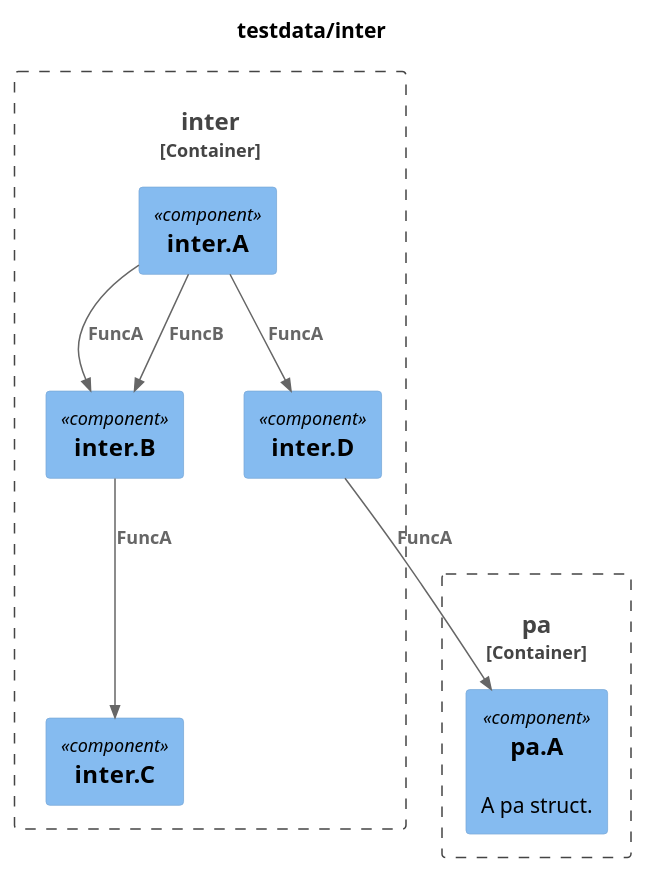
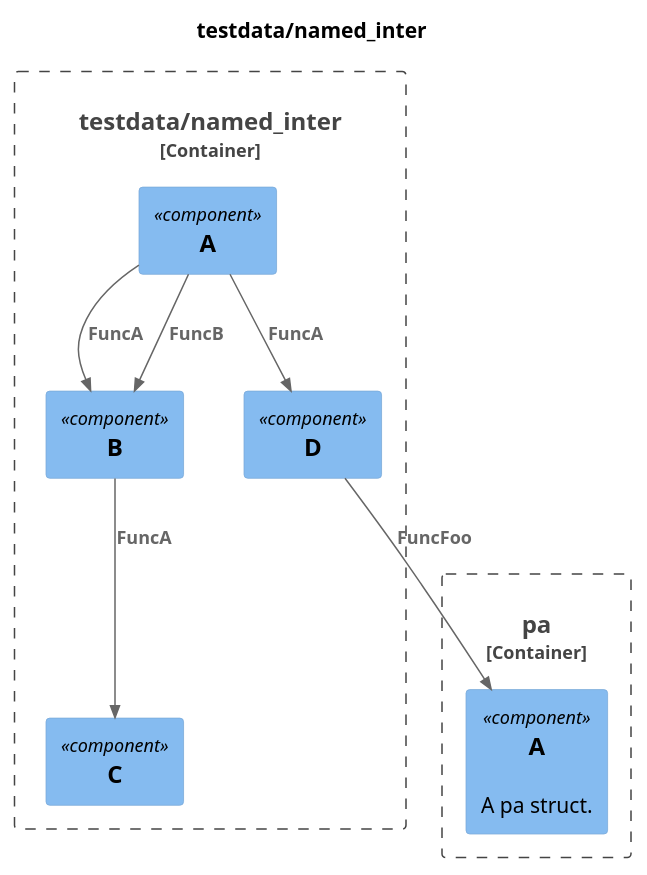
One commit to emilien-puget/go-dependency-graph changed the first of 2 diagrams in README.md. Above: the diagram before and after it, drawn with PlantUML. The commit also changed other lines of this file and 28 other files, not shown here.

````diff
--- a/README.md
+++ b/README.md
@@ -21,28 +21,27 @@
 ```puml
 @startuml
 !include https://raw.githubusercontent.com/plantuml-stdlib/C4-PlantUML/master/C4_Component.puml
 
-title testdata/inter
-AddElementTag("external", $bgColor="#8CDE42FF")
+title testdata/named_inter
 
-Container_Boundary(inter, "inter") {
-Component(inter.A, "inter.A", "", "")
-Component(inter.B, "inter.B", "", "")
-Component(inter.C, "inter.C", "", "")
-Component(inter.D, "inter.D", "", "")
+Container_Boundary(testdata/named_inter, "testdata/named_inter") {
+Component("A", "A", "", "")
+Component("B", "B", "", "")
+Component("C", "C", "", "")
+Component("D", "D", "", "")
 
 }
 
 
 Container_Boundary(pa, "pa") {
-Component(pa.A, "pa.A", "", "A pa struct.")
+Component("pa_A", "A", "", "A pa struct.")
 
 }
-Rel(inter.A, "inter.B", "FuncA")
-Rel(inter.A, "inter.B", "FuncB")
-Rel(inter.A, "inter.D", "FuncA")
-Rel(inter.B, "inter.C", "FuncA")
-Rel(inter.D, "pa.A", "FuncA")
+Rel("A", "B", "FuncA")
+Rel("A", "B", "FuncB")
+Rel("A", "D", "FuncA")
+Rel("B", "C", "FuncA")
+Rel("D", "pa_A", "FuncFoo")
 
 @enduml
 ```
````
